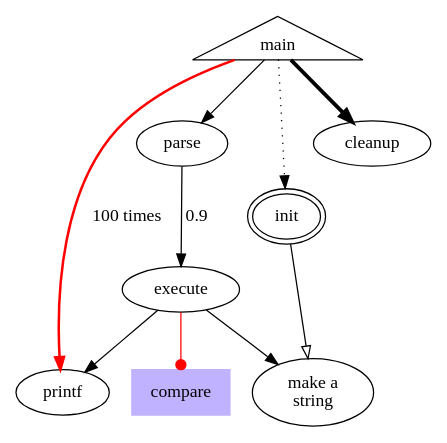
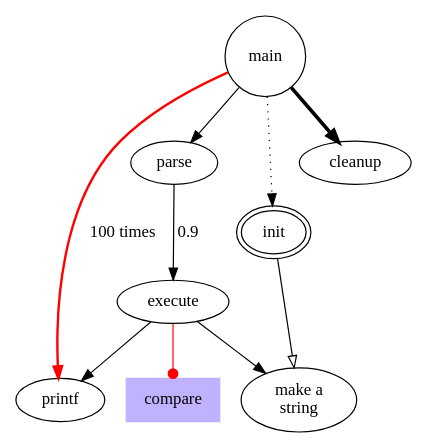
One commit to winter-loo/graphviz-examples changed the diagram in complex.gv. Above: the diagram before and after it, drawn with Graphviz. The commit also changed 6 other files, not shown here.

```diff
--- a/complex.gv
+++ b/complex.gv
@@ -1,16 +1,17 @@
 digraph G {
     size="4, 4";
-    main [shape=triangle]; /* this is a comment */
+    root=0;
+    main [shape=circle]; /* this is a comment */
     main -> parse [weight=0];
     parse -> execute[label=0.9];
     main -> init [style=dotted];
     main -> cleanup [penwidth=3.0];
     execute -> {make_string; printf}
     init [peripheries=2];
     init -> make_string[arrowhead=empty];
     edge [color=red]; /* so is this */
     main -> printf [style=bold, label="100 times"];
     make_string [label="make a\nstring"];
     node[shape=box,style=filled,color=".7 .3 1.0"];
     execute -> compare[arrowhead=dot];
 }
```
